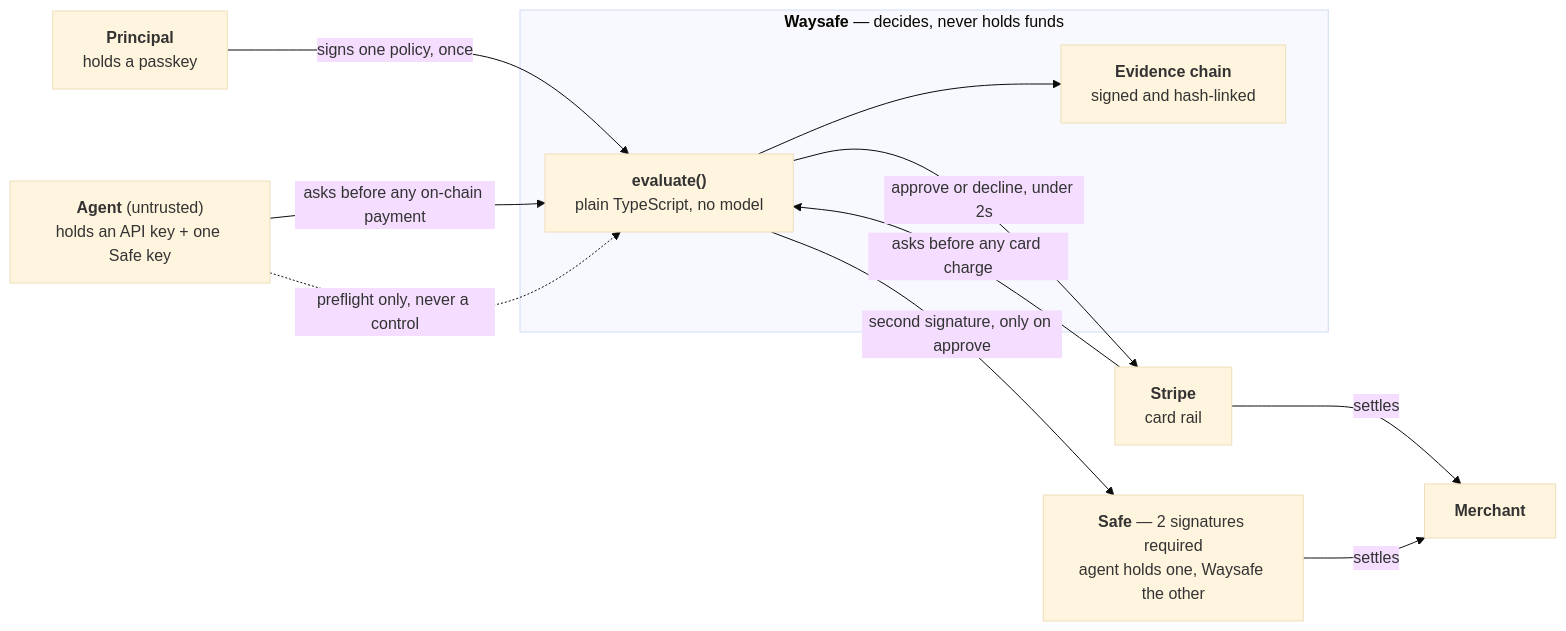
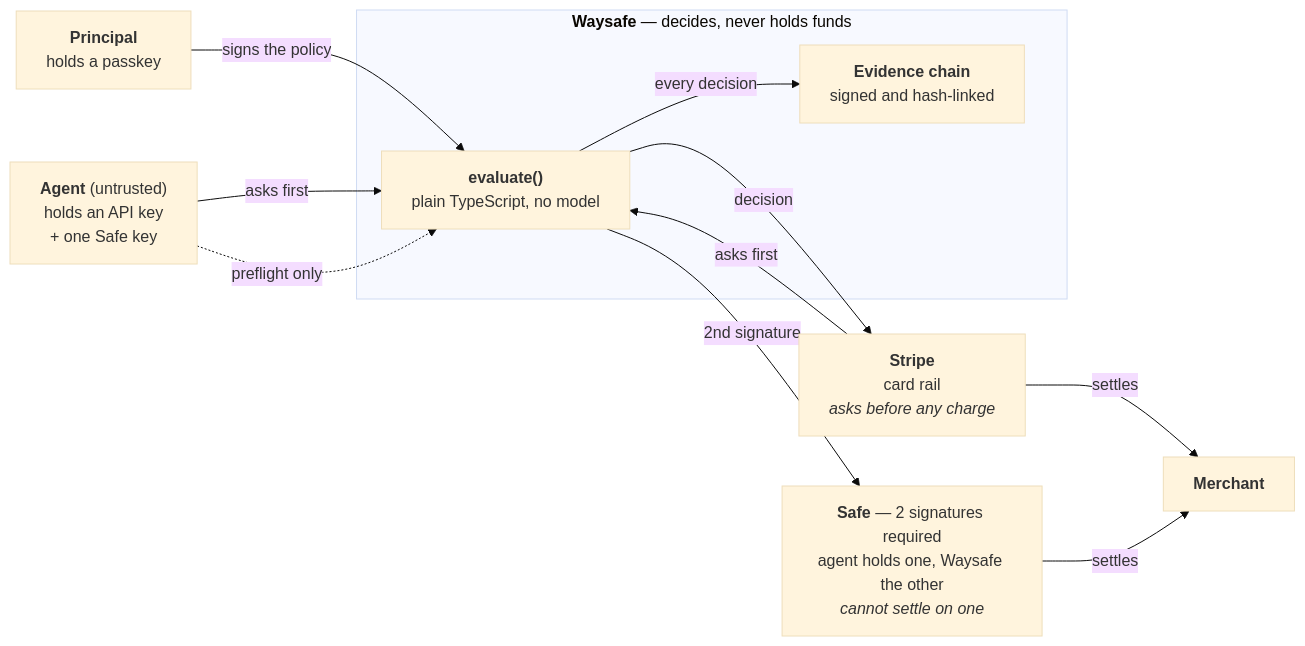
Before and after one commit to getwaysafe/waysafe: the first of 5 diagrams in docs/THREAT-MODEL.md, drawn with Mermaid (base theme). The commit also changed other lines of this file and 32 other files, not shown here.

````diff
--- a/docs/THREAT-MODEL.md
+++ b/docs/THREAT-MODEL.md
@@ -17,24 +17,24 @@
 ```mermaid
 flowchart LR
   P["<b>Principal</b><br/>holds a passkey"]
-  A["<b>Agent</b> (untrusted)<br/>holds an API key + one Safe key"]
+  A["<b>Agent</b> (untrusted)<br/>holds an API key<br/>+ one Safe key"]
   M["<b>Merchant</b>"]
 
   subgraph W["<b>Waysafe</b> — decides, never holds funds"]
     EV["<b>evaluate()</b><br/>plain TypeScript, no model"]
     CH["<b>Evidence chain</b><br/>signed and hash-linked"]
   end
 
-  ST["<b>Stripe</b><br/>card rail"]
-  SF["<b>Safe</b> — 2 signatures required<br/>agent holds one, Waysafe the other"]
+  ST["<b>Stripe</b><br/>card rail<br/><i>asks before any charge</i>"]
+  SF["<b>Safe</b> — 2 signatures required<br/>agent holds one, Waysafe the other<br/><i>cannot settle on one</i>"]
 
-  P -- "signs one policy, once" --> EV
-  ST -- "asks before any card charge" --> EV
-  A -- "asks before any on-chain payment" --> EV
-  A -. "preflight only, never a control" .-> EV
-  EV -- "approve or decline, under 2s" --> ST
-  EV -- "second signature, only on approve" --> SF
-  EV --> CH
+  P -- "signs the policy" --> EV
+  ST -- "asks first" --> EV
+  A -- "asks first" --> EV
+  A -. "preflight only" .-> EV
+  EV -- "decision" --> ST
+  EV -- "2nd signature" --> SF
+  EV -- "every decision" --> CH
   ST -- "settles" --> M
   SF -- "settles" --> M
 ```
````
